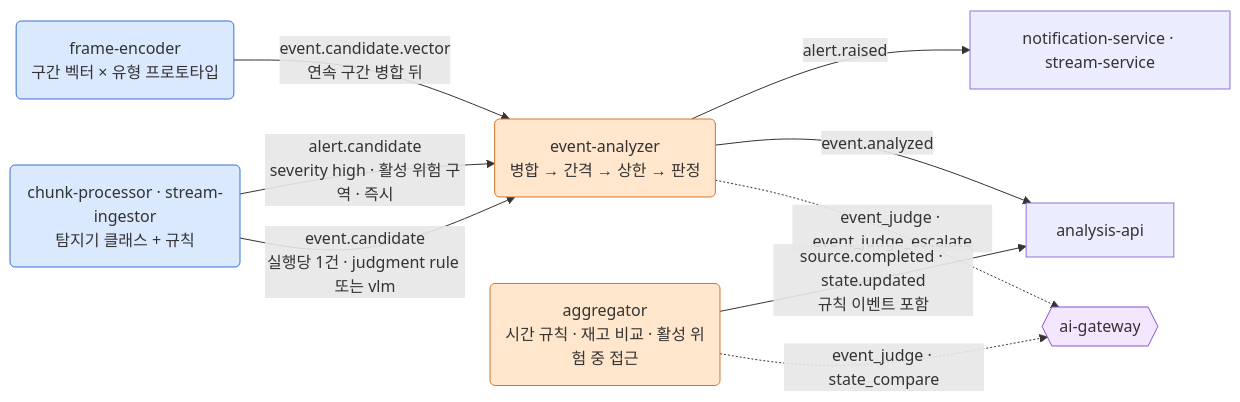
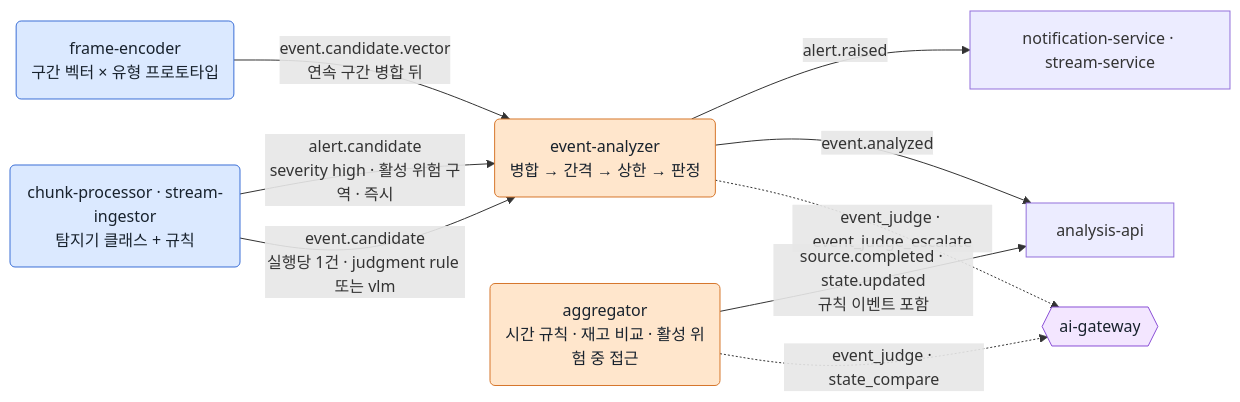
Before and after one commit to p5-3-final/docs: the eighth of 11 diagrams in docs/architecture/architecture.md, drawn with Mermaid. The commit also changed other lines of this file and 1 other file, not shown here.

First line of the commit message:
docs(architecture): 흐름도 노드 글자색을 어둡게 고정해 다크 모드 가독성 확보 (#135)

````diff
--- a/docs/architecture/architecture.md
+++ b/docs/architecture/architecture.md
@@ -511,15 +511,15 @@
 ```mermaid
 flowchart LR
-  classDef chunk fill:#dbe9ff,stroke:#3b6fd6
-  classDef judge fill:#ffe6cc,stroke:#d6762b
-  classDef gw fill:#f3e6ff,stroke:#8a4fd6
+  classDef chunk fill:#dbe9ff,stroke:#3b6fd6,color:#18222d
+  classDef judge fill:#ffe6cc,stroke:#d6762b,color:#18222d
+  classDef gw fill:#f3e6ff,stroke:#8a4fd6,color:#18222d
   CP(chunk-processor · stream-ingestor<br/>탐지기 클래스 + 규칙):::chunk -->|event.candidate<br/>실행당 1건 · judgment rule 또는 vlm| EA
   CP -->|alert.candidate<br/>severity high · 활성 위험 구역 · 즉시| EA
   FE(frame-encoder<br/>구간 벡터 × 유형 프로토타입):::chunk -->|event.candidate.vector<br/>연속 구간 병합 뒤| EA
   EA(event-analyzer<br/>병합 → 간격 → 상한 → 판정):::judge
   EA -.->|event_judge · event_judge_escalate| GW{{ai-gateway}}:::gw
   EA -->|event.analyzed| AN[analysis-api]
   EA -->|alert.raised| NT[notification-service · stream-service]
   AG(aggregator<br/>시간 규칙 · 재고 비교 · 활성 위험 중 접근):::judge -.->|event_judge · state_compare| GW
   AG -->|source.completed · state.updated<br/>규칙 이벤트 포함| AN
 ```
````
